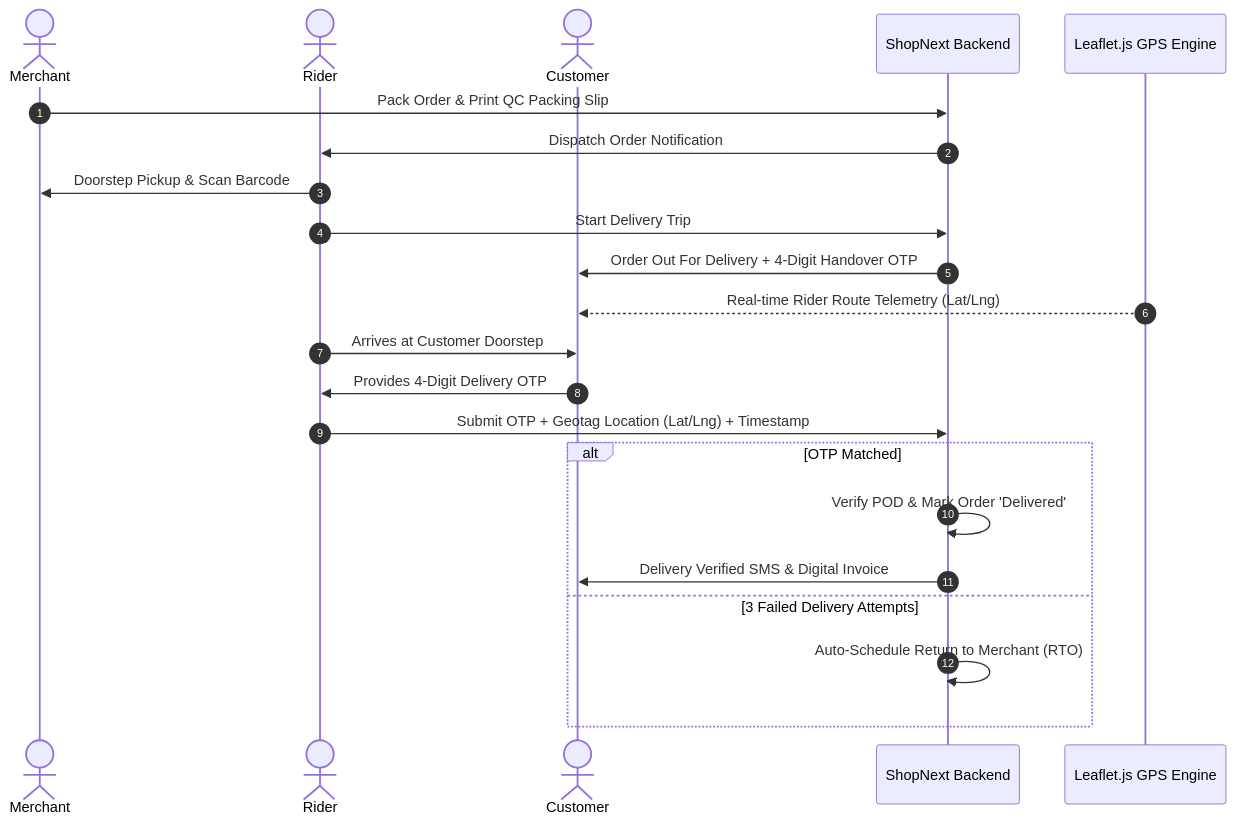
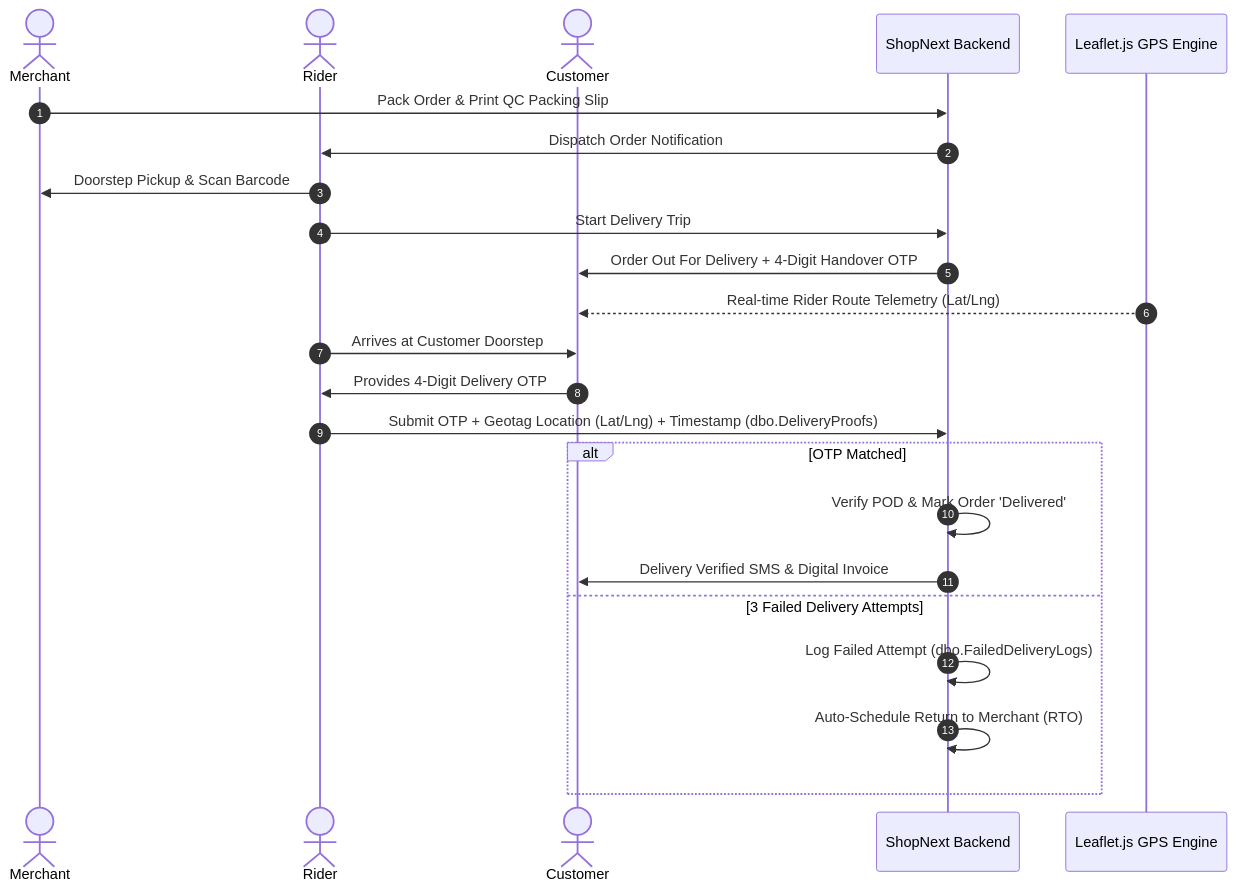
Before and after one commit to pra2011shant/ShopNext: the fourth of 7 diagrams in ShopNext/WORKFLOW.md, drawn with Mermaid. The commit also changed other lines of this file and 2 other files, not shown here.

````diff
--- a/ShopNext/WORKFLOW.md
+++ b/ShopNext/WORKFLOW.md
@@ -67,26 +100,27 @@
 ```mermaid
 sequenceDiagram
     autonumber
     actor Merchant
     actor Rider
     actor Customer
     participant Server as ShopNext Backend
     participant Map as Leaflet.js GPS Engine
 
     Merchant->>Server: Pack Order & Print QC Packing Slip
     Server->>Rider: Dispatch Order Notification
     Rider->>Merchant: Doorstep Pickup & Scan Barcode
     Rider->>Server: Start Delivery Trip
     Server->>Customer: Order Out For Delivery + 4-Digit Handover OTP
     Map-->>Customer: Real-time Rider Route Telemetry (Lat/Lng)
     Rider->>Customer: Arrives at Customer Doorstep
     Customer->>Rider: Provides 4-Digit Delivery OTP
-    Rider->>Server: Submit OTP + Geotag Location (Lat/Lng) + Timestamp
+    Rider->>Server: Submit OTP + Geotag Location (Lat/Lng) + Timestamp (dbo.DeliveryProofs)
     
     alt OTP Matched
         Server->>Server: Verify POD & Mark Order 'Delivered'
         Server->>Customer: Delivery Verified SMS & Digital Invoice
     else 3 Failed Delivery Attempts
+        Server->>Server: Log Failed Attempt (dbo.FailedDeliveryLogs)
         Server->>Server: Auto-Schedule Return to Merchant (RTO)
     end
 ```
````
